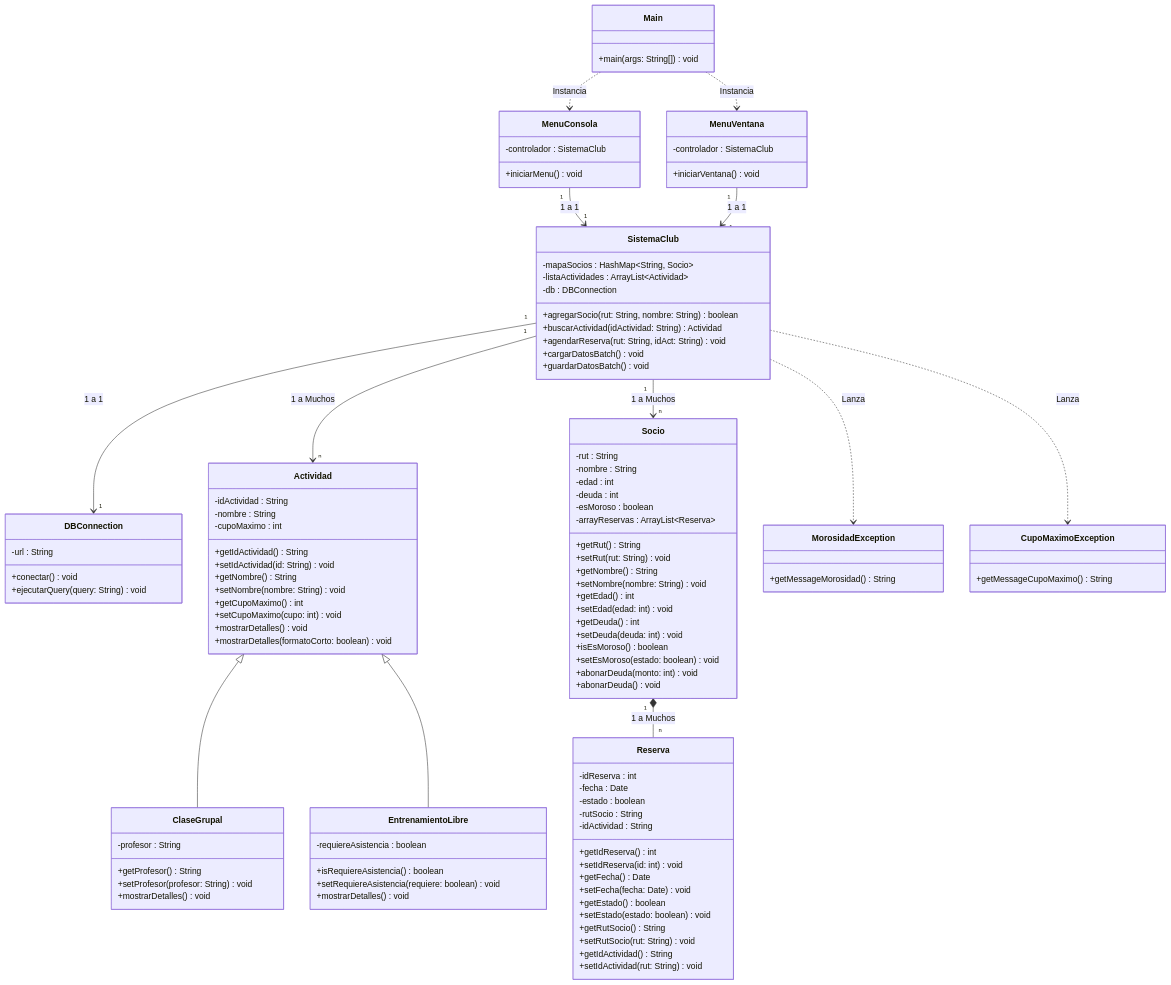
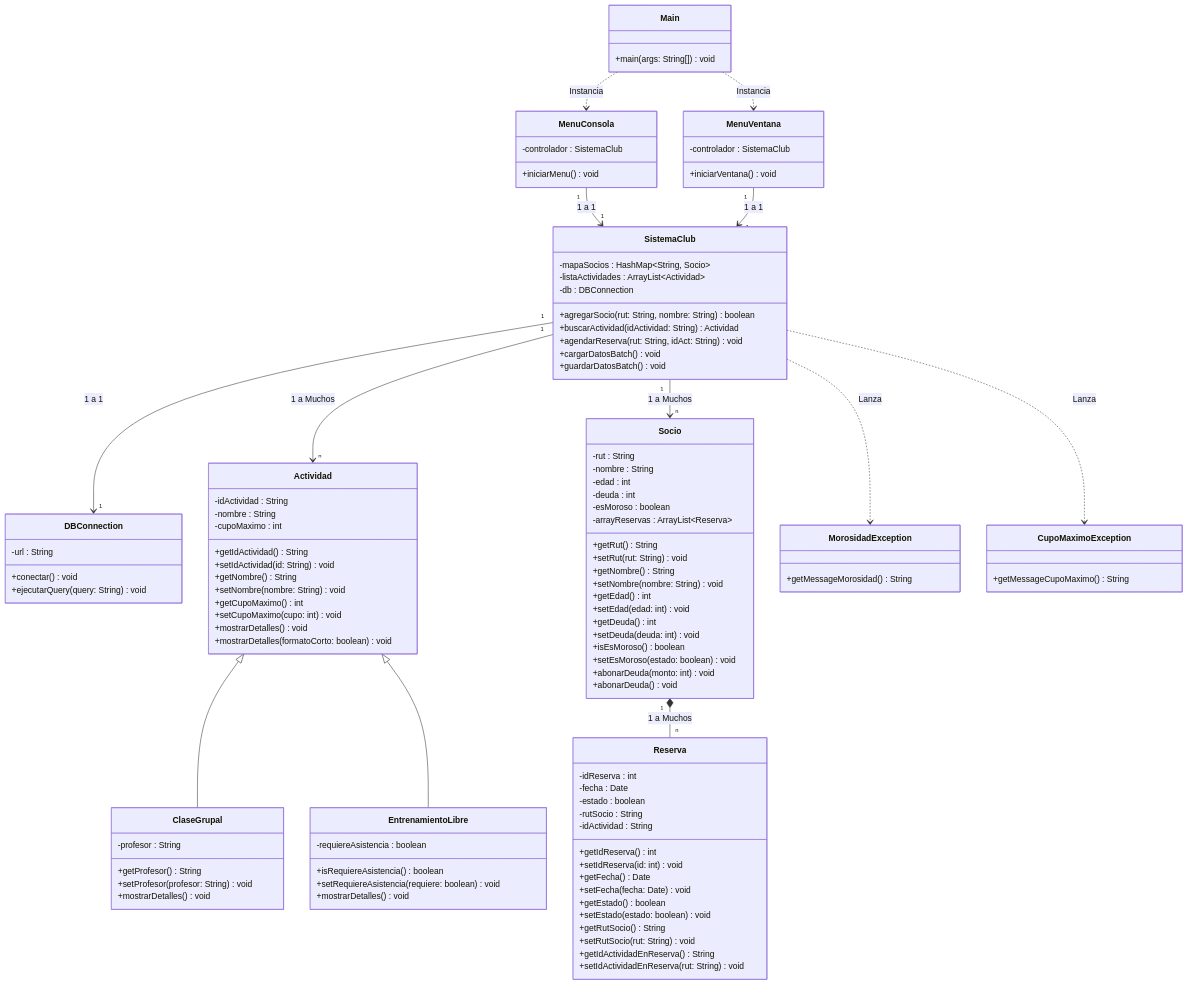
One commit to L3v1smpr/ProyectoProgramacionAvanzadaUno changed the diagram in planificacion/Diagrama de Clases UML.md. Above: the diagram before and after it, drawn with Mermaid.

Commit message:
Cambio de nombre en método setIdActividad = setIdActividadEnReserva, para evitar conflictos con método llamado de la misma forma en Actividad

```diff
--- a/planificacion/Diagrama de Clases UML.md
+++ b/planificacion/Diagrama de Clases UML.md
@@ -100,8 +100,8 @@
         +setEstado(estado: boolean) void
         +getRutSocio() String
         +setRutSocio(rut: String) void
-	+getIdActividad() String
-	+setIdActividad(rut: String) void
+	+getIdActividadEnReserva() String
+	+setIdActividadEnReserva	(rut: String) void
     }
     
     class MorosidadException {
```
